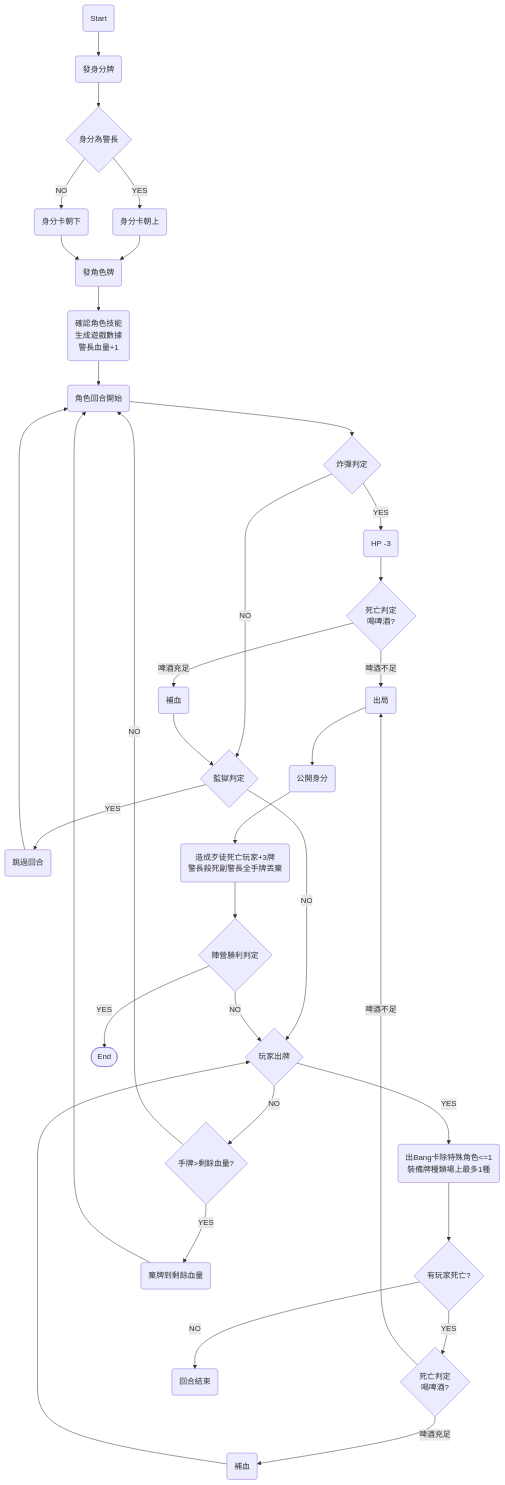
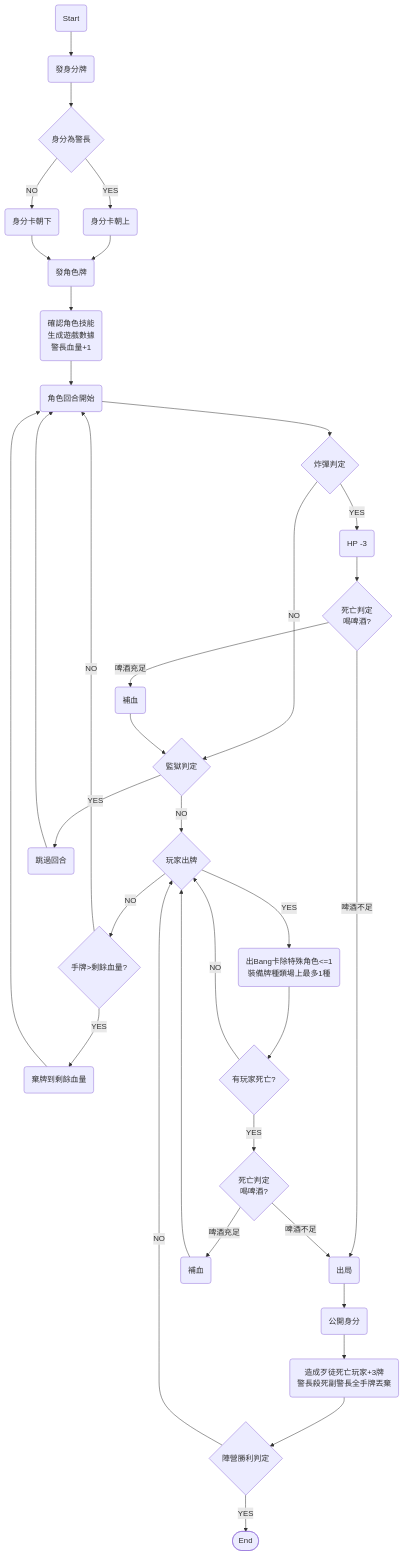
One commit to Adowaiii/t03_Bang changed the diagram in README.md. Above: the diagram before and after it, drawn with Mermaid.

Commit message:
[0620][Update] Flowchart Cleanup

````diff
--- a/README.md
+++ b/README.md
@@ -96,26 +96,25 @@
 ```mermaid
 flowchart TD
 id1(Start)-->id2(發身分牌)-->id3{身分為警長}-->|YES|id5(身分卡朝上)-->id6(發角色牌)
 id3-->|NO|id4(身分卡朝下)-->id6
 id6-->id7(確認角色技能\n生成遊戲數據\n警長血量+1)-->id8
 id8(角色回合開始)-->id9{炸彈判定}-->|YES|id21(HP -3)-->id10{死亡判定\n喝啤酒?}
+idV{陣營勝利判定}-->|YES|id000([End])
+idV{陣營勝利判定}-->|NO|id16
 id9-->|NO|id13
+id10-->|啤酒充足|id14(補血)-->id13{監獄判定}
 id10-->|啤酒不足|id200(出局)
-id10-->|啤酒充足|id14(補血)-->id13{監獄判定}
+id200(出局)-->id22(公開身分)-->id23(造成歹徒死亡玩家+3牌\n警長殺死副警長全手牌丟棄)
+id23-->idV
 id13-->|YES|id15(跳過回合)
+id15-->id8
 id13-->|NO|id16{玩家出牌}
+id16-->|YES|id17(出Bang卡除特殊角色<=1\n裝備牌種類場上最多1種)
 id16-->|NO|id24{手牌>剩餘血量?}-->|NO|id8
-id15-->id8
+id24-->|YES|id25(棄牌到剩餘血量)-->id8
 id17-->id18{有玩家死亡?}
 id18-->|YES|id27{死亡判定\n喝啤酒?}
+id18-->|NO|id16
 id27-->|啤酒不足|id200(出局)
 id27-->|啤酒充足|id28(補血)-->id16
-id200(出局)-->id22(公開身分)-->id23(造成歹徒死亡玩家+3牌\n警長殺死副警長全手牌丟棄)
-id23-->idV
-id19(回合結束)
-id18-->|NO|id19
-id16-->|YES|id17(出Bang卡除特殊角色<=1\n裝備牌種類場上最多1種)
-idV{陣營勝利判定}-->|YES|id000([End])
-idV{陣營勝利判定}-->|NO|id16
-id24-->|YES|id25(棄牌到剩餘血量)-->id8
 ```
````
